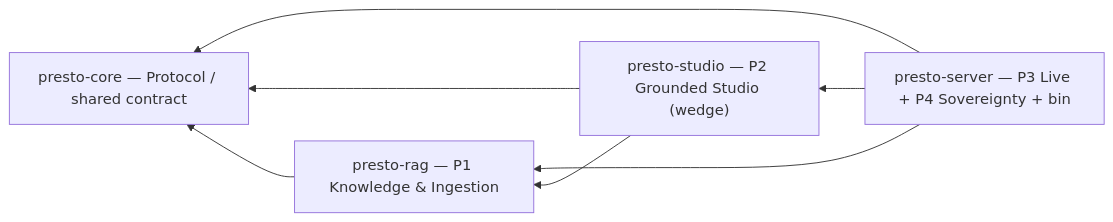
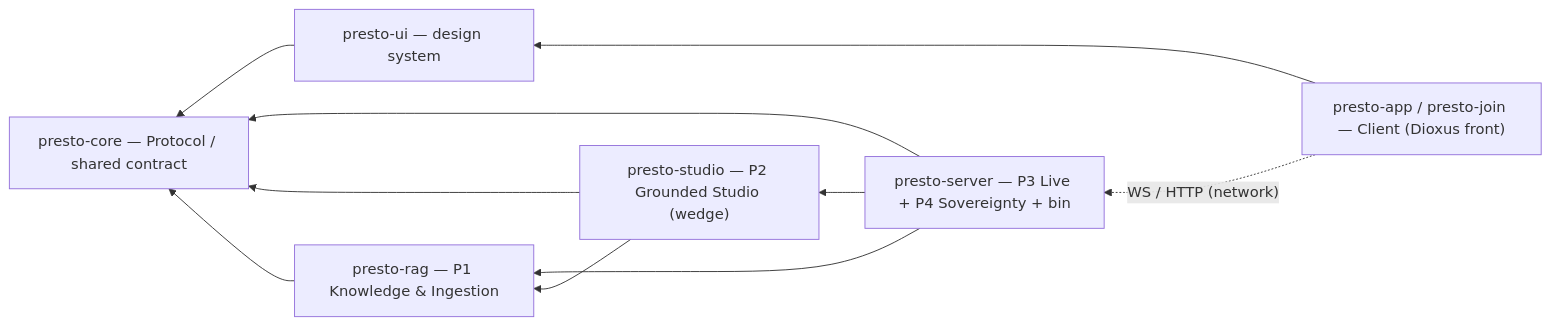
One commit to constantin-jais/Presto-Matic changed the diagram in docs/adr/0001-product-architecture-and-boundaries.md. Above: the diagram before and after it, drawn with Mermaid. The commit also changed other lines of this file, not shown here.

First line of the commit message:
docs(adr): ADR-0001 — add Client/Front brick + P4 specified + center of gravity

````diff
--- a/docs/adr/0001-product-architecture-and-boundaries.md
+++ b/docs/adr/0001-product-architecture-and-boundaries.md
@@ -67,13 +77,18 @@
 ```mermaid
 graph RL
+    app["presto-app / presto-join — Client (Dioxus front)"]
+    ui["presto-ui — design system"]
     server["presto-server — P3 Live + P4 Sovereignty + bin"]
     studio["presto-studio — P2 Grounded Studio (wedge)"]
     rag["presto-rag — P1 Knowledge & Ingestion"]
     core["presto-core — Protocol / shared contract"]
+    app --> ui
+    ui --> core
+    app -. "WS / HTTP (network)" .-> server
     server --> studio
     server --> rag
     server --> core
     studio --> rag
     studio --> core
     rag --> core
 ```
````
